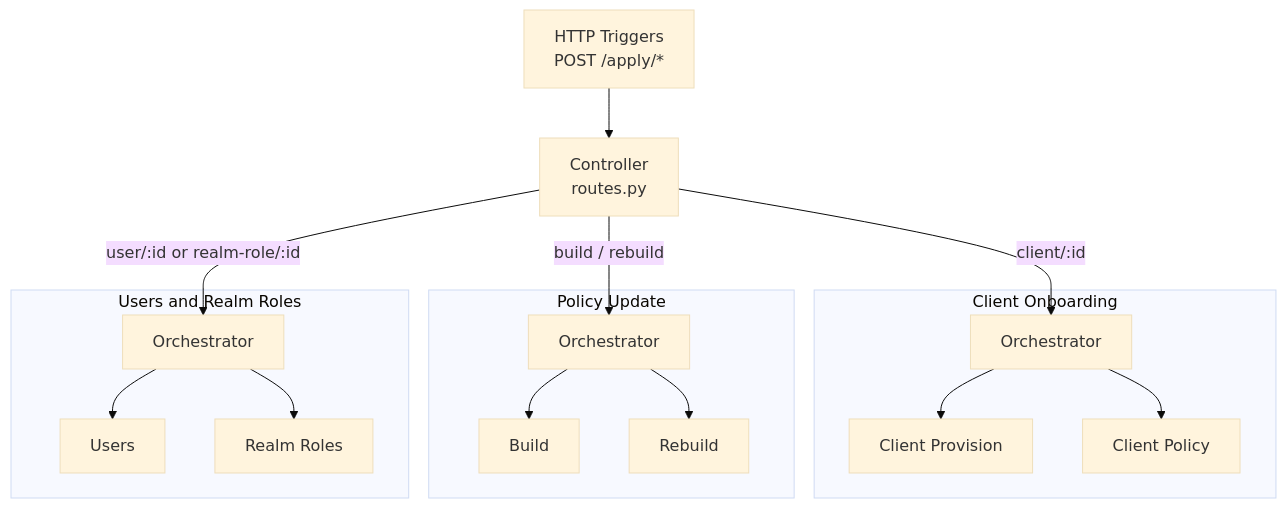
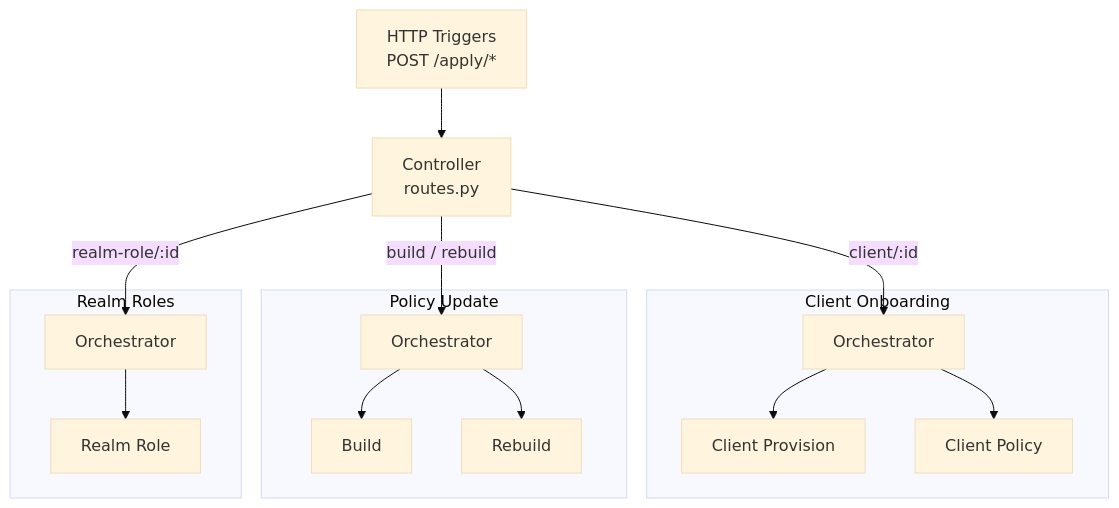
The first of 8 diagrams in inception/requirements/components/aiac-agent.md (rossoctl/aiac), drawn with Mermaid (base theme) before and after one commit. The commit also changed other lines of this file and 6 other files, not shown here.

````diff
--- a/inception/requirements/components/aiac-agent.md
+++ b/inception/requirements/components/aiac-agent.md
@@ -17,34 +17,32 @@
 ```mermaid
 flowchart TD
     TRIGGERS["HTTP Triggers\nPOST /apply/*"]
     CTRL["Controller\nroutes.py"]
 
     subgraph CO["Client Onboarding"]
         ORC1["Orchestrator"]
         SA1["Client Provision"]
         SA2["Client Policy"]
         ORC1 --> SA1
         ORC1 --> SA2
     end
 
     subgraph PU["Policy Update"]
         ORC2["Orchestrator"]
         SA3["Build"]
         SA4["Rebuild"]
         ORC2 --> SA3
         ORC2 --> SA4
     end
 
-    subgraph URR["Users and Realm Roles"]
+    subgraph RR["Realm Roles"]
         ORC3["Orchestrator"]
-        SA5["Users"]
-        SA6["Realm Roles"]
+        SA5["Realm Role"]
         ORC3 --> SA5
-        ORC3 --> SA6
     end
 
     TRIGGERS --> CTRL
-    CTRL -->|"user/:id or realm-role/:id"| ORC3
+    CTRL -->|"realm-role/:id"| ORC3
     CTRL -->|"build / rebuild"| ORC2
     CTRL -->|"client/:id"| ORC1
 ```
````
